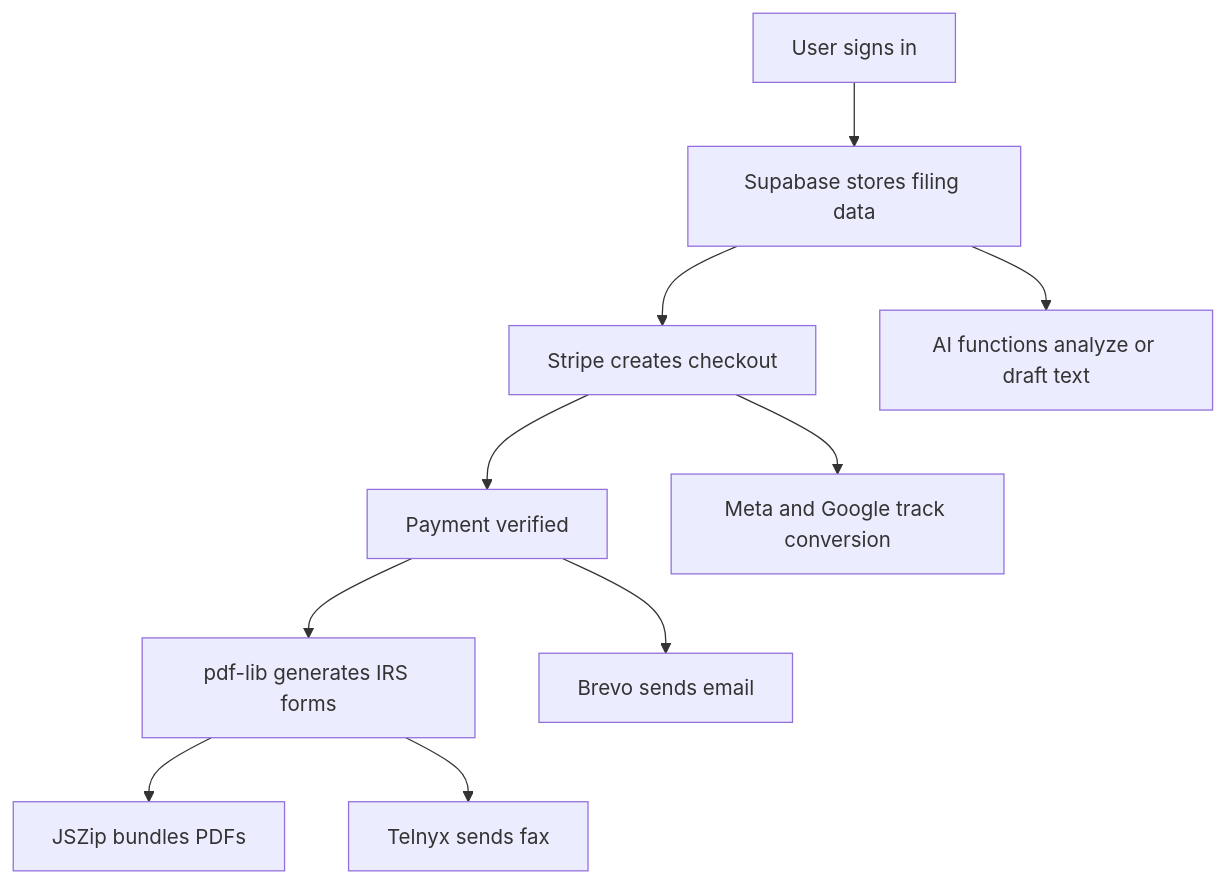
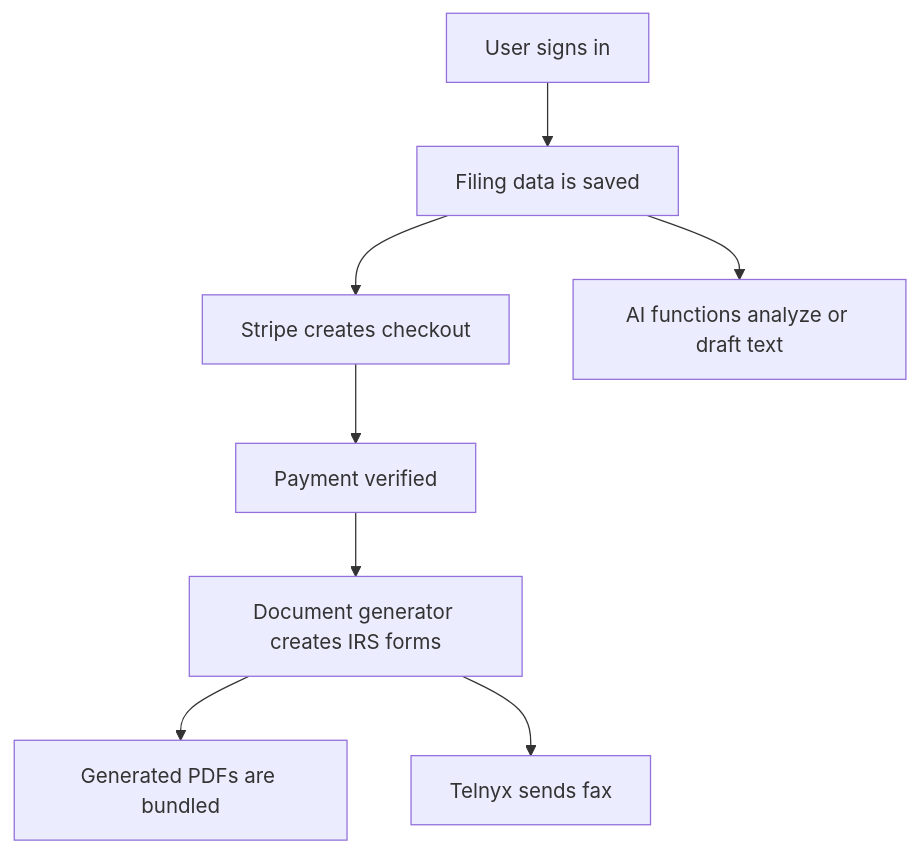
The diagram in en/integrations.mdx (Nomad-Stack/nomadfiling-Docs), drawn with Mermaid before and after one commit. The commit also changed other lines of this file and 20 other files, not shown here.

````diff
--- a/en/integrations.mdx
+++ b/en/integrations.mdx
@@ -310,12 +190,10 @@
 ```mermaid
 graph TD
-  A[User signs in] --> B[Supabase stores filing data]
+  A[User signs in] --> B[Filing data is saved]
   B --> C[Stripe creates checkout]
   C --> D[Payment verified]
-  D --> E[pdf-lib generates IRS forms]
-  E --> F[JSZip bundles PDFs]
+  D --> E[Document generator creates IRS forms]
+  E --> F[Generated PDFs are bundled]
   E --> G[Telnyx sends fax]
-  D --> H[Brevo sends email]
-  C --> I[Meta and Google track conversion]
   B --> J[AI functions analyze or draft text]
 ```
````
